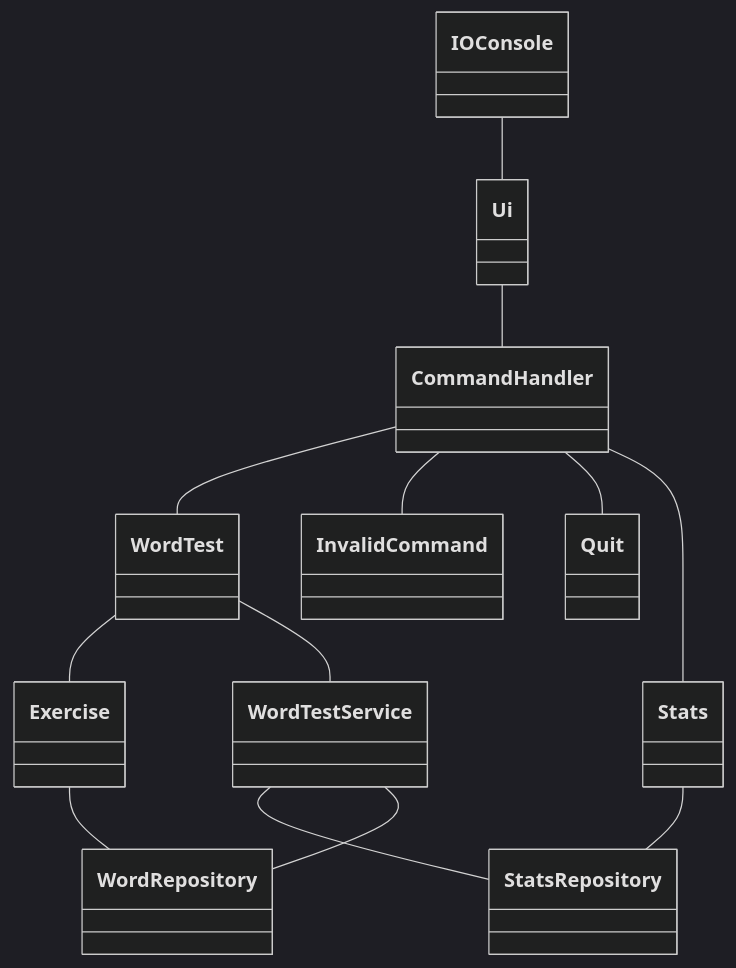
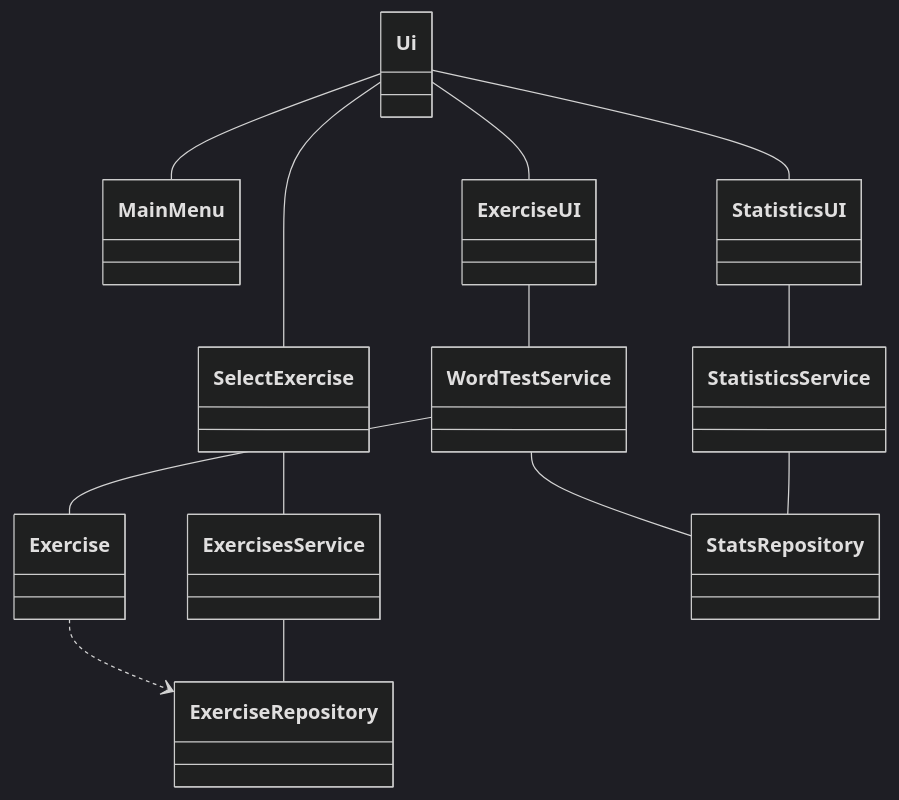
One commit to jaakkoset/ot-harjoitustyo changed the first of 2 diagrams in dokumentaatio/arkkitehtuuri.md. Above: the diagram before and after it, drawn with Mermaid (dark theme). The commit also changed other lines of this file and 4 other files, not shown here.

````diff
--- a/dokumentaatio/arkkitehtuuri.md
+++ b/dokumentaatio/arkkitehtuuri.md
@@ -5,15 +5,19 @@
 ```mermaid
 classDiagram
-    IOConsole -- Ui
-    Ui -- CommandHandler
-    CommandHandler -- WordTest
-    CommandHandler -- InvalidCommand
-    CommandHandler -- Quit
-    CommandHandler -- Stats
-    Stats -- StatsRepository
-    WordTest -- Exercise
-    WordTest --WordTestService
-    Exercise -- WordRepository
+    Ui -- MainMenu
+    Ui -- ExerciseUI
+    Ui -- SelectExercise
+    Ui -- StatisticsUI
+
+    StatisticsUI -- StatisticsService
+    SelectExercise -- ExercisesService
+    ExerciseUI -- WordTestService
+    Exercise ..> ExerciseRepository
+    WordTestService -- Exercise
     WordTestService -- StatsRepository
-    WordTestService -- WordRepository
+    ExercisesService -- ExerciseRepository
+    
+    StatisticsService -- StatsRepository
+    ExerciseRepository
+    StatsRepository
 ```
````
